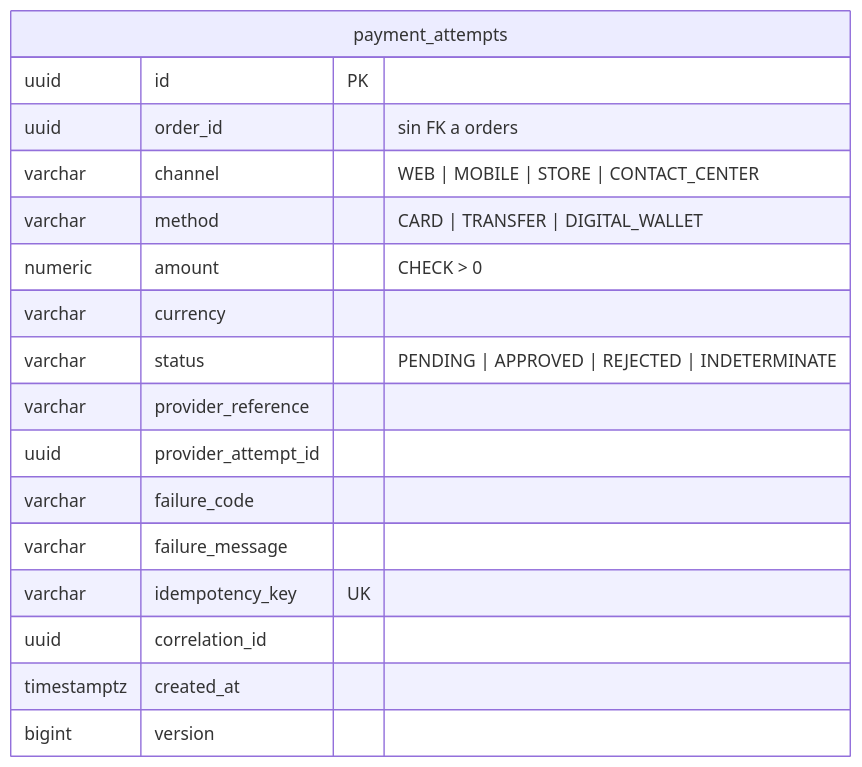
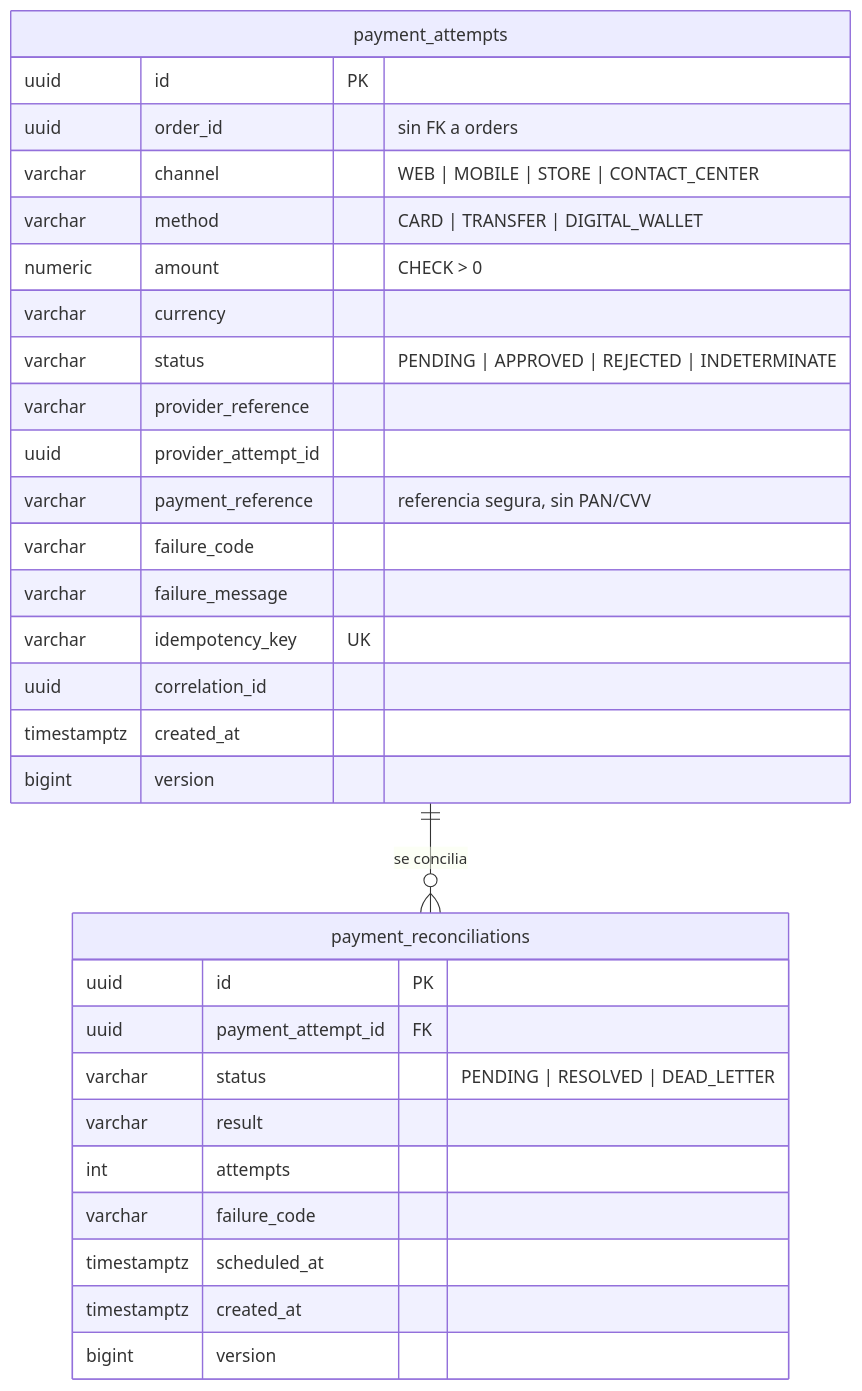
The eighth of 9 diagrams in FASE 2/docs/diagrams/modelo-datos.md (K-Giron/AYD2_Proyecto), drawn with Mermaid before and after one commit. The commit also changed other lines of this file and 7 other files, not shown here.

````diff
--- a/FASE 2/docs/diagrams/modelo-datos.md
+++ b/FASE 2/docs/diagrams/modelo-datos.md
@@ -323,20 +323,33 @@
 ```mermaid
 erDiagram
+    payment_attempts ||--o{ payment_reconciliations : "se concilia"
     payment_attempts {
         uuid id PK
         uuid order_id "sin FK a orders"
         varchar channel "WEB | MOBILE | STORE | CONTACT_CENTER"
         varchar method "CARD | TRANSFER | DIGITAL_WALLET"
         numeric amount "CHECK > 0"
         varchar currency
         varchar status "PENDING | APPROVED | REJECTED | INDETERMINATE"
         varchar provider_reference
         uuid provider_attempt_id
+        varchar payment_reference "referencia segura, sin PAN/CVV"
         varchar failure_code
         varchar failure_message
         varchar idempotency_key UK
         uuid correlation_id
         timestamptz created_at
         bigint version
     }
+    payment_reconciliations {
+        uuid id PK
+        uuid payment_attempt_id FK
+        varchar status "PENDING | RESOLVED | DEAD_LETTER"
+        varchar result
+        int attempts
+        varchar failure_code
+        timestamptz scheduled_at
+        timestamptz created_at
+        bigint version
+    }
 ```
````
